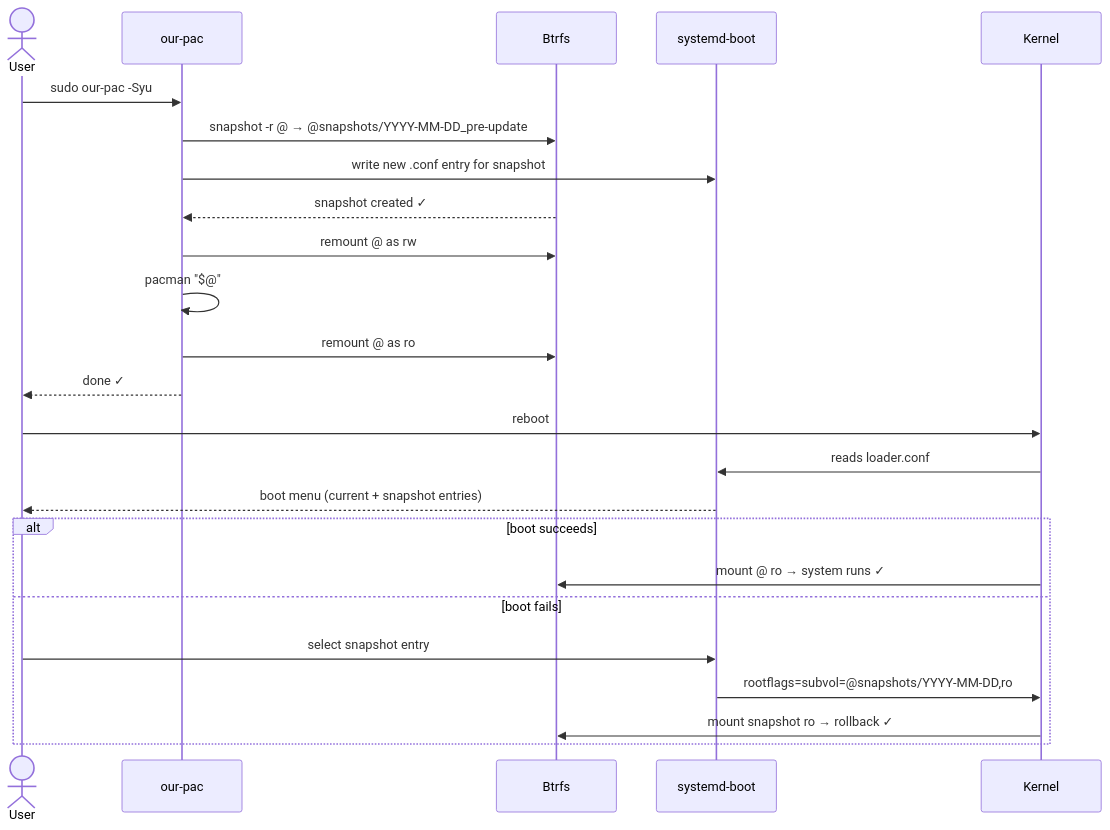
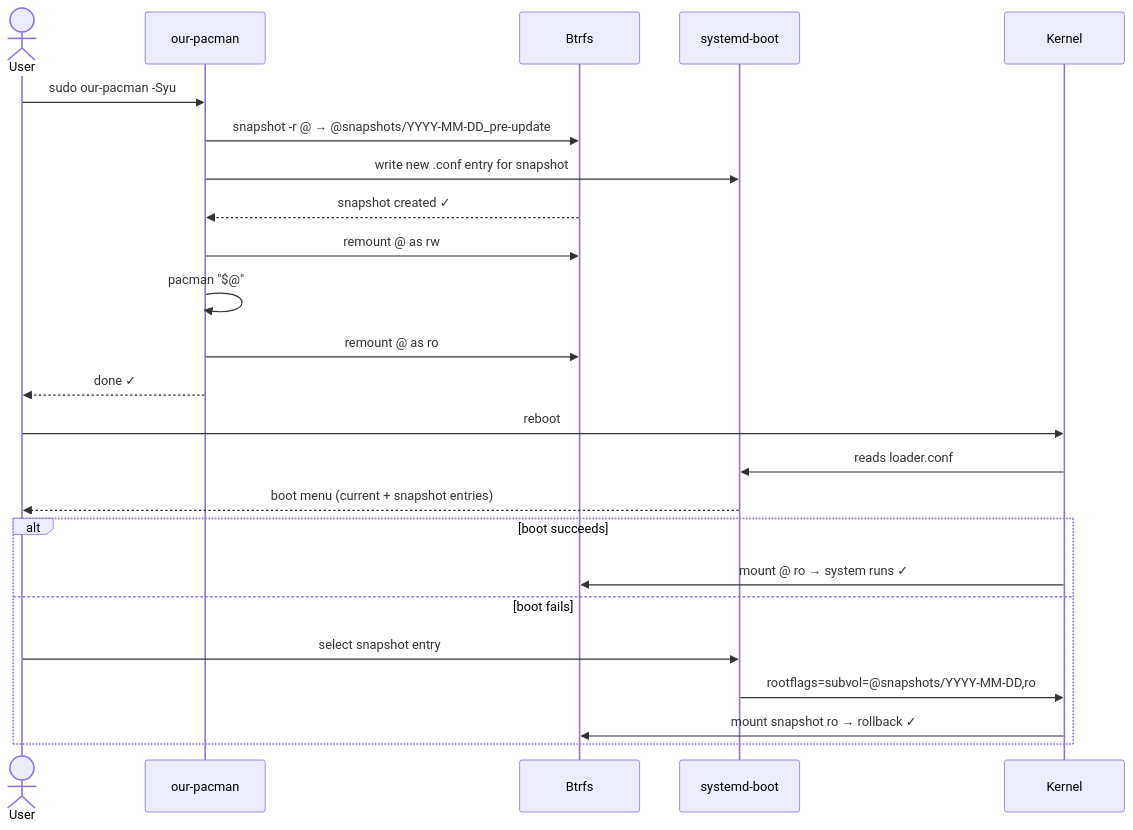
One commit to Arkh-Ur/ouroborOS changed the third of 3 diagrams in docs/architecture/immutability-strategy.md. Above: the diagram before and after it, drawn with Mermaid. The commit also changed other lines of this file and 31 other files, not shown here.

First line of the commit message:
chore(rename): our-pac→our-pacman, our-box→our-container, remove ouroboros-upgrade

````diff
--- a/docs/architecture/immutability-strategy.md
+++ b/docs/architecture/immutability-strategy.md
@@ -113,30 +113,30 @@
 ```mermaid
 sequenceDiagram
     actor User
-    participant Upgrade as our-pac
+    participant Upgrade as our-pacman
     participant Btrfs
     participant Boot as systemd-boot
     participant Kernel
 
-    User->>Upgrade: sudo our-pac -Syu
+    User->>Upgrade: sudo our-pacman -Syu
     Upgrade->>Btrfs: snapshot -r @ → @snapshots/YYYY-MM-DD_pre-update
     Upgrade->>Boot: write new .conf entry for snapshot
     Btrfs-->>Upgrade: snapshot created ✓
 
     Upgrade->>Btrfs: remount @ as rw
     Upgrade->>Upgrade: pacman "$@"
     Upgrade->>Btrfs: remount @ as ro
     Upgrade-->>User: done ✓
 
     User->>Kernel: reboot
     Kernel->>Boot: reads loader.conf
     Boot-->>User: boot menu (current + snapshot entries)
 
     alt boot succeeds
         Kernel->>Btrfs: mount @ ro → system runs ✓
     else boot fails
         User->>Boot: select snapshot entry
         Boot->>Kernel: rootflags=subvol=@snapshots/YYYY-MM-DD,ro
         Kernel->>Btrfs: mount snapshot ro → rollback ✓
     end
 ```
````
